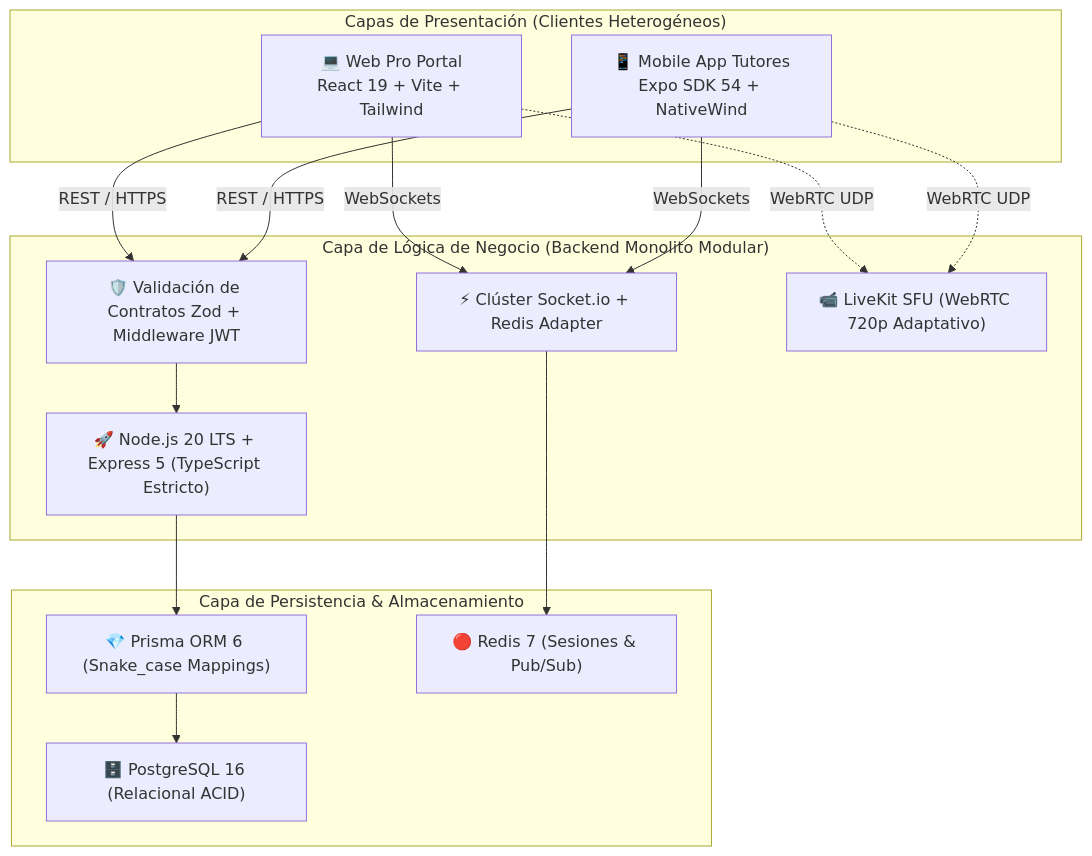
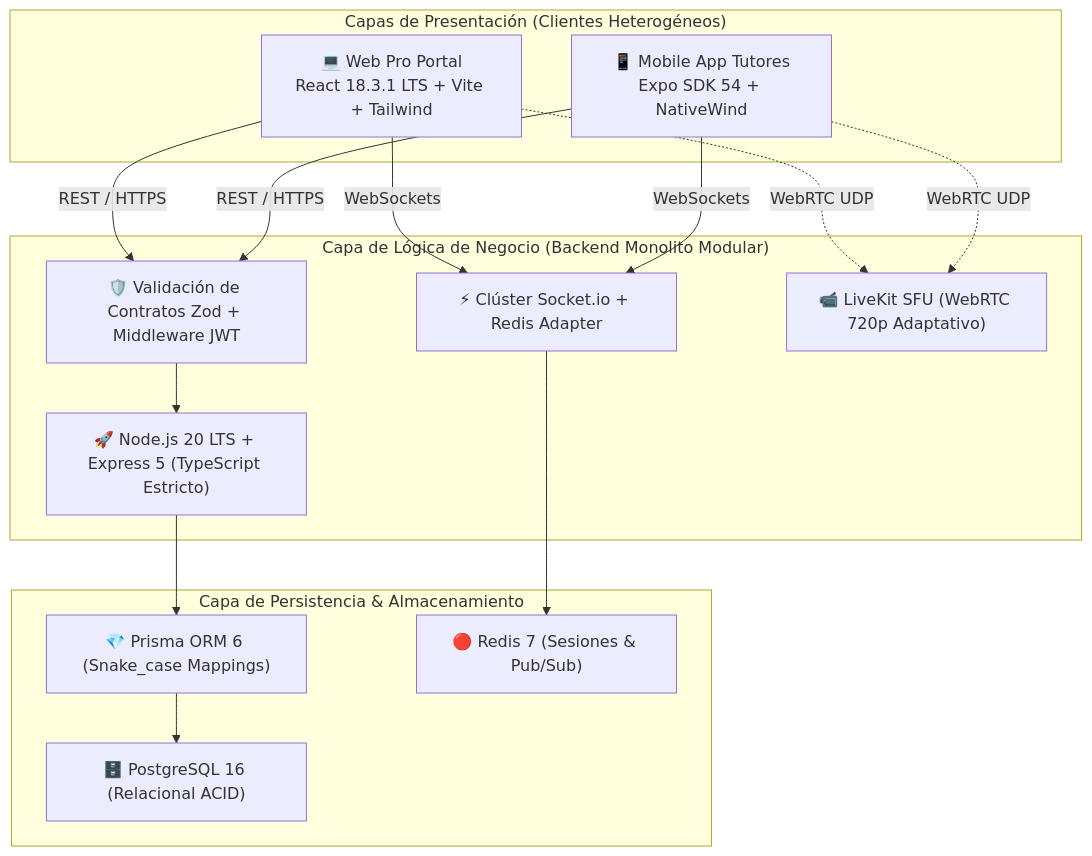
One commit to grupo-pinnacle/VetConnect changed the sixth of 10 diagrams in docs/PRESENTACION_EJECUTIVA.md. Above: the diagram before and after it, drawn with Mermaid. The commit also changed other lines of this file and 74 other files, not shown here.

````diff
--- a/docs/PRESENTACION_EJECUTIVA.md
+++ b/docs/PRESENTACION_EJECUTIVA.md
@@ -199,31 +199,31 @@
 ```mermaid
 graph TB
     subgraph Clientes["Capas de Presentación (Clientes Heterogéneos)"]
-        W["💻 Web Pro Portal\nReact 19 + Vite + Tailwind"]
+        W["💻 Web Pro Portal\nReact 18.3.1 LTS + Vite + Tailwind"]
         M["📱 Mobile App Tutores\nExpo SDK 54 + NativeWind"]
     end
 
     subgraph API["Capa de Lógica de Negocio (Backend Monolito Modular)"]
         E["🚀 Node.js 20 LTS + Express 5 (TypeScript Estricto)"]
         Z["🛡️ Validación de Contratos Zod + Middleware JWT"]
         S["⚡ Clúster Socket.io + Redis Adapter"]
         L["📹 LiveKit SFU (WebRTC 720p Adaptativo)"]
     end
 
     subgraph Datos["Capa de Persistencia & Almacenamiento"]
         P["🗄️ PostgreSQL 16 (Relacional ACID)"]
         ORM["💎 Prisma ORM 6 (Snake_case Mappings)"]
         R["🔴 Redis 7 (Sesiones & Pub/Sub)"]
     end
 
     W -->|REST / HTTPS| Z
     M -->|REST / HTTPS| Z
     W -->|WebSockets| S
     M -->|WebSockets| S
     W -.->|WebRTC UDP| L
     M -.->|WebRTC UDP| L
     Z --> E
     E --> ORM
     ORM --> P
     S --> R
 ```
````
